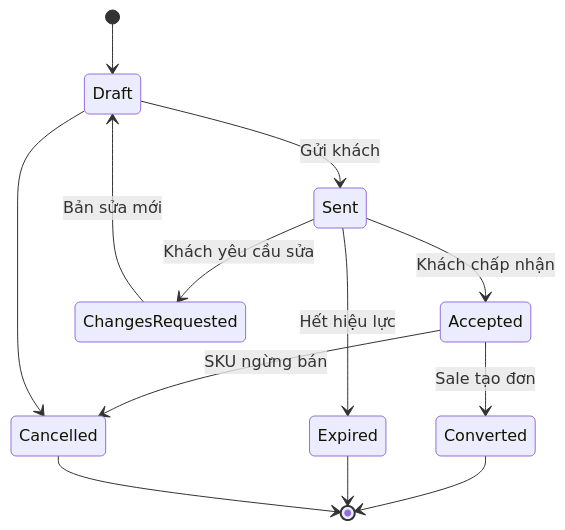
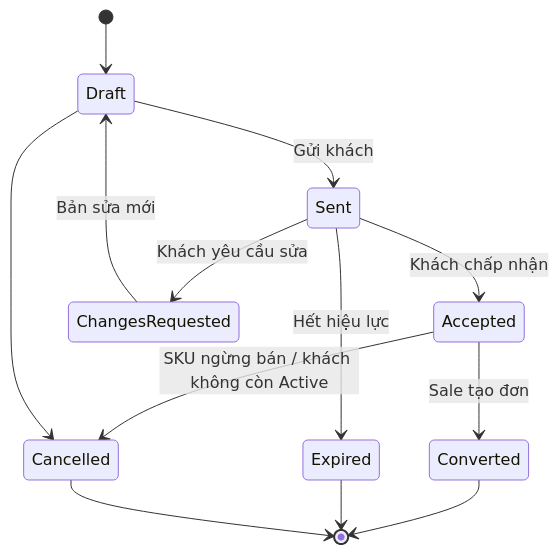
The first of 3 diagrams in docs/ecommerce/14-cart-and-order/README.md (KLTN-FA26/docs), drawn with Mermaid before and after one commit. The commit also changed other lines of this file, not shown here.

````diff
--- a/docs/ecommerce/14-cart-and-order/README.md
+++ b/docs/ecommerce/14-cart-and-order/README.md
@@ -191,15 +205,15 @@
 ```mermaid
 stateDiagram-v2
     [*] --> Draft
     Draft --> Sent: Gửi khách
     Sent --> Accepted: Khách chấp nhận
     Sent --> ChangesRequested: Khách yêu cầu sửa
     ChangesRequested --> Draft: Bản sửa mới
     Sent --> Expired: Hết hiệu lực
     Accepted --> Converted: Sale tạo đơn
-    Accepted --> Cancelled: SKU ngừng bán
+    Accepted --> Cancelled: SKU ngừng bán / khách không còn Active
     Draft --> Cancelled
     Converted --> [*]
     Expired --> [*]
     Cancelled --> [*]
 ```
````
